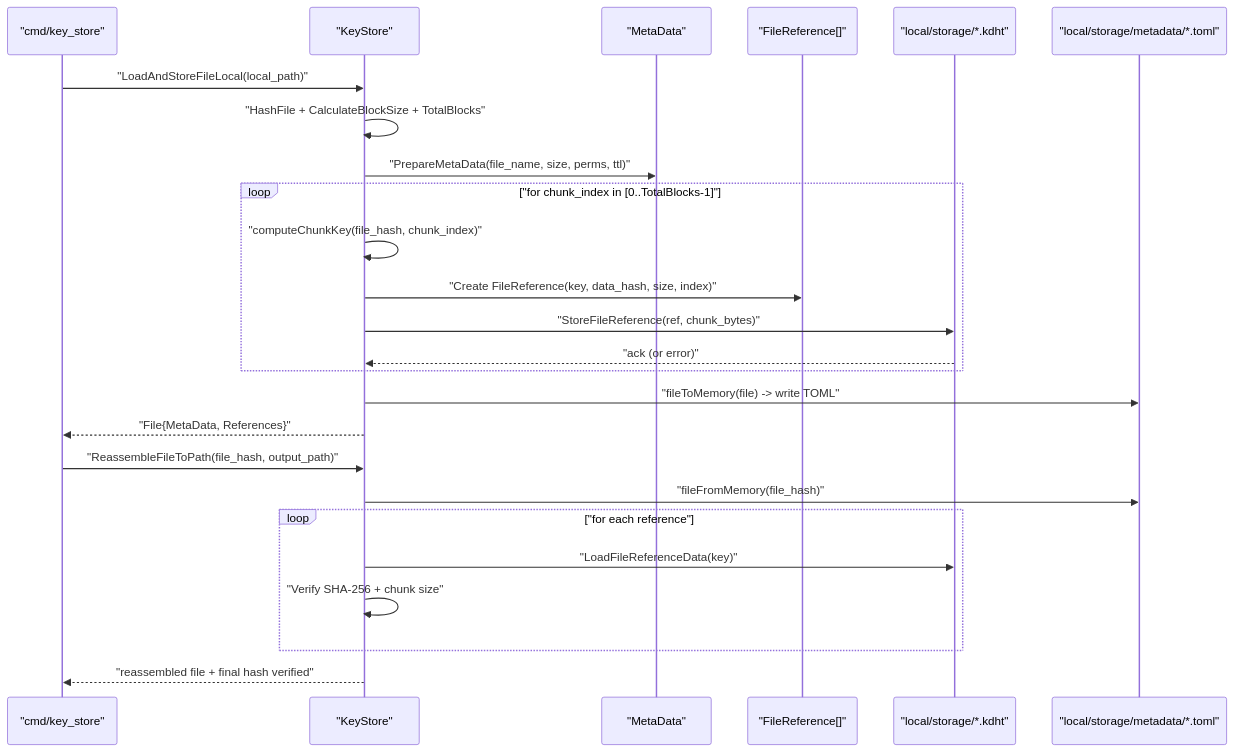
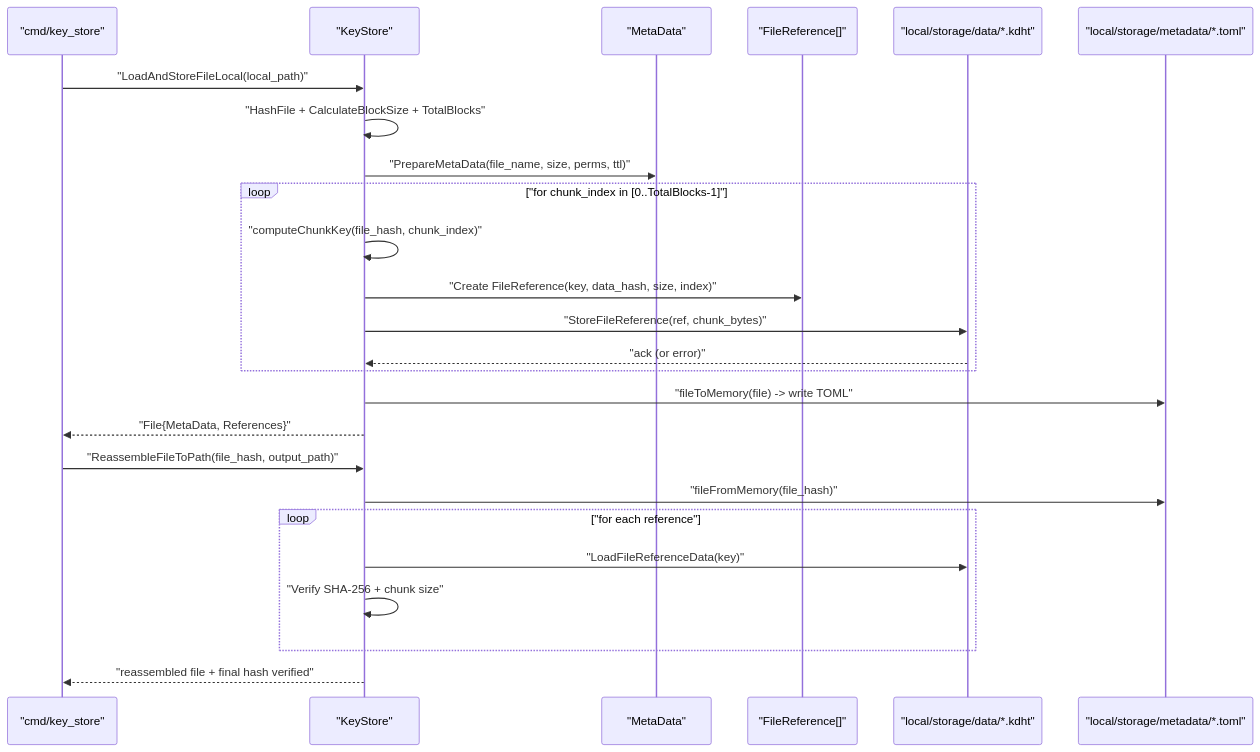
Before and after one commit to danmuck/dps_files: the diagram in docs/architecture/models/keystore_local_flow.mmd, drawn with Mermaid. The commit also changed 21 other files, not shown here.

```diff
--- a/docs/architecture/models/keystore_local_flow.mmd
+++ b/docs/architecture/models/keystore_local_flow.mmd
@@ -1,29 +1,29 @@
 sequenceDiagram
   participant CLI as "cmd/key_store"
   participant KS as "KeyStore"
   participant MD as "MetaData"
   participant REF as "FileReference[]"
-  participant DISK as "local/storage/*.kdht"
+  participant DISK as "local/storage/data/*.kdht"
   participant META as "local/storage/metadata/*.toml"
 
   CLI->>KS: "LoadAndStoreFileLocal(local_path)"
   KS->>KS: "HashFile + CalculateBlockSize + TotalBlocks"
   KS->>MD: "PrepareMetaData(file_name, size, perms, ttl)"
 
   loop "for chunk_index in [0..TotalBlocks-1]"
     KS->>KS: "computeChunkKey(file_hash, chunk_index)"
     KS->>REF: "Create FileReference(key, data_hash, size, index)"
     KS->>DISK: "StoreFileReference(ref, chunk_bytes)"
     DISK-->>KS: "ack (or error)"
   end
 
   KS->>META: "fileToMemory(file) -> write TOML"
   KS-->>CLI: "File{MetaData, References}"
 
   CLI->>KS: "ReassembleFileToPath(file_hash, output_path)"
   KS->>META: "fileFromMemory(file_hash)"
   loop "for each reference"
     KS->>DISK: "LoadFileReferenceData(key)"
     KS->>KS: "Verify SHA-256 + chunk size"
   end
   KS-->>CLI: "reassembled file + final hash verified"
```
